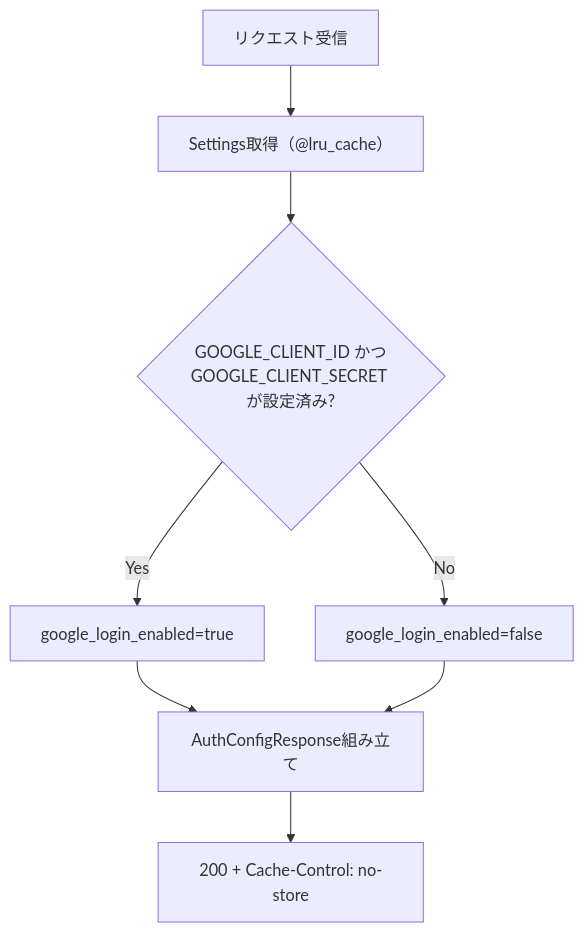
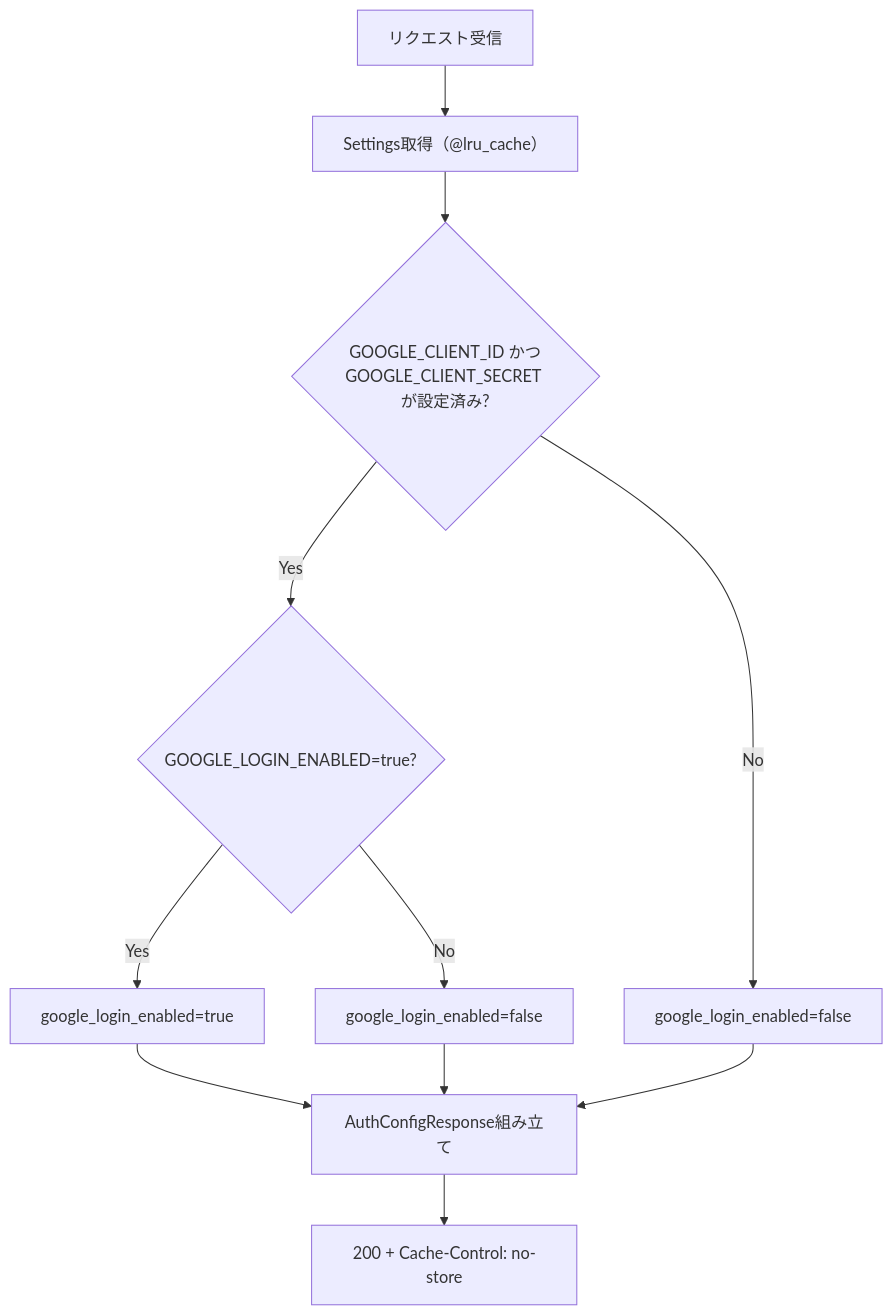
One commit to oikawa-d/task_management changed the second of 3 diagrams in docs/detailed_design/api/auth/05_get_auth_config.md. Above: the diagram before and after it, drawn with Mermaid. The commit also changed other lines of this file and 10 other files, not shown here.

Commit message:
fix: #397 GOOGLE_LOGIN_ENABLED無効時のOAuth APIを停止

````diff
--- a/docs/detailed_design/api/auth/05_get_auth_config.md
+++ b/docs/detailed_design/api/auth/05_get_auth_config.md
@@ -81,10 +81,13 @@
 ```mermaid
 flowchart TB
     A["リクエスト受信"] --> B["Settings取得（@lru_cache）"]
     B --> C{"GOOGLE_CLIENT_ID かつ<br/>GOOGLE_CLIENT_SECRET が設定済み?"}
-    C -->|"Yes"| D["google_login_enabled=true"]
+    C -->|"Yes"| D{"GOOGLE_LOGIN_ENABLED=true?"}
     C -->|"No"| E["google_login_enabled=false"]
-    D --> F["AuthConfigResponse組み立て"]
-    E --> F
-    F --> G["200 + Cache-Control: no-store"]
+    D -->|"Yes"| F["google_login_enabled=true"]
+    D -->|"No"| G["google_login_enabled=false"]
+    F --> H["AuthConfigResponse組み立て"]
+    E --> H
+    G --> H
+    H --> I["200 + Cache-Control: no-store"]
 ```
````
